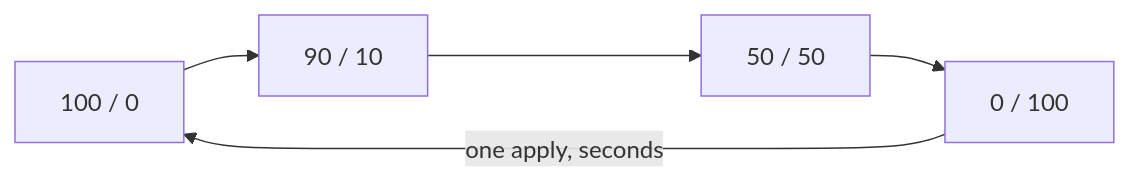
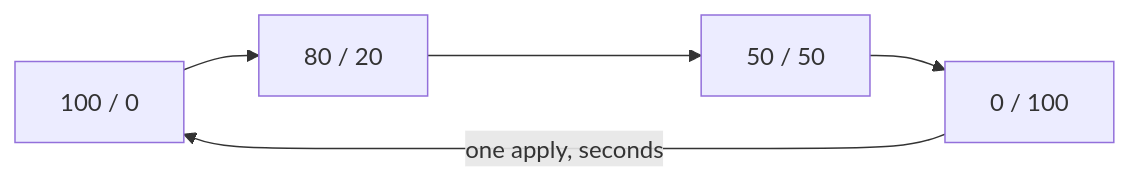
One commit to astrona-io/ATS014 changed the diagram in sections/section-020/module-01/course-02-running-a-rollout.md. Above: the diagram before and after it, drawn with Mermaid. The commit also changed other lines of this file and 444 other files, not shown here.

````diff
--- a/sections/section-020/module-01/course-02-running-a-rollout.md
+++ b/sections/section-020/module-01/course-02-running-a-rollout.md
@@ -81,7 +84,7 @@
 ```mermaid
 flowchart LR
-    A["100 / 0"] --> B["90 / 10"]
+    A["100 / 0"] --> B["80 / 20"]
     B --> C["50 / 50"]
     C --> D["0 / 100"]
     D -->|"one apply, seconds"| A
 ```
````
